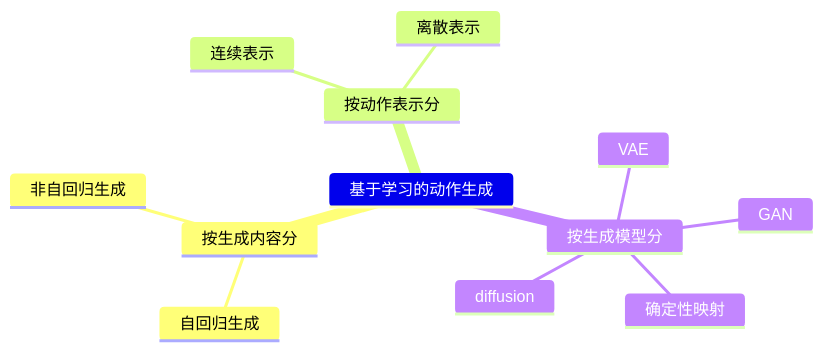
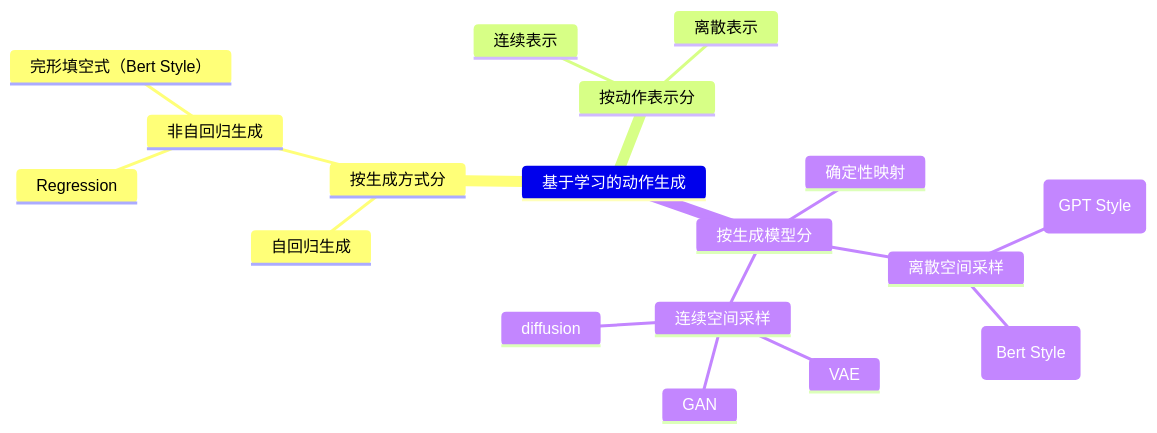
Before and after one commit to CaterpillarStudyGroup/ImportantArticles: the diagram in src/CharacterAnimation/HumanMotionGenerationSummary.md, drawn with Mermaid. The commit also changed other lines of this file and 1 other file, not shown here.

````diff
--- a/src/CharacterAnimation/HumanMotionGenerationSummary.md
+++ b/src/CharacterAnimation/HumanMotionGenerationSummary.md
@@ -4,15 +4,21 @@
 ```mermaid
 mindmap
 基于学习的动作生成
-    按生成内容分
+    按生成方式分
         自回归生成
         非自回归生成
+            Regression
+            完形填空式（Bert Style）
     按动作表示分
         连续表示
         离散表示
     按生成模型分
         确定性映射
-        VAE
-        GAN
-        diffusion
+        离散空间采样
+            离散分布采样(GPT Style)
+            掩码语言模型(Bert Style)
+        连续空间采样
+            VAE
+            GAN
+            diffusion
 ```
````
